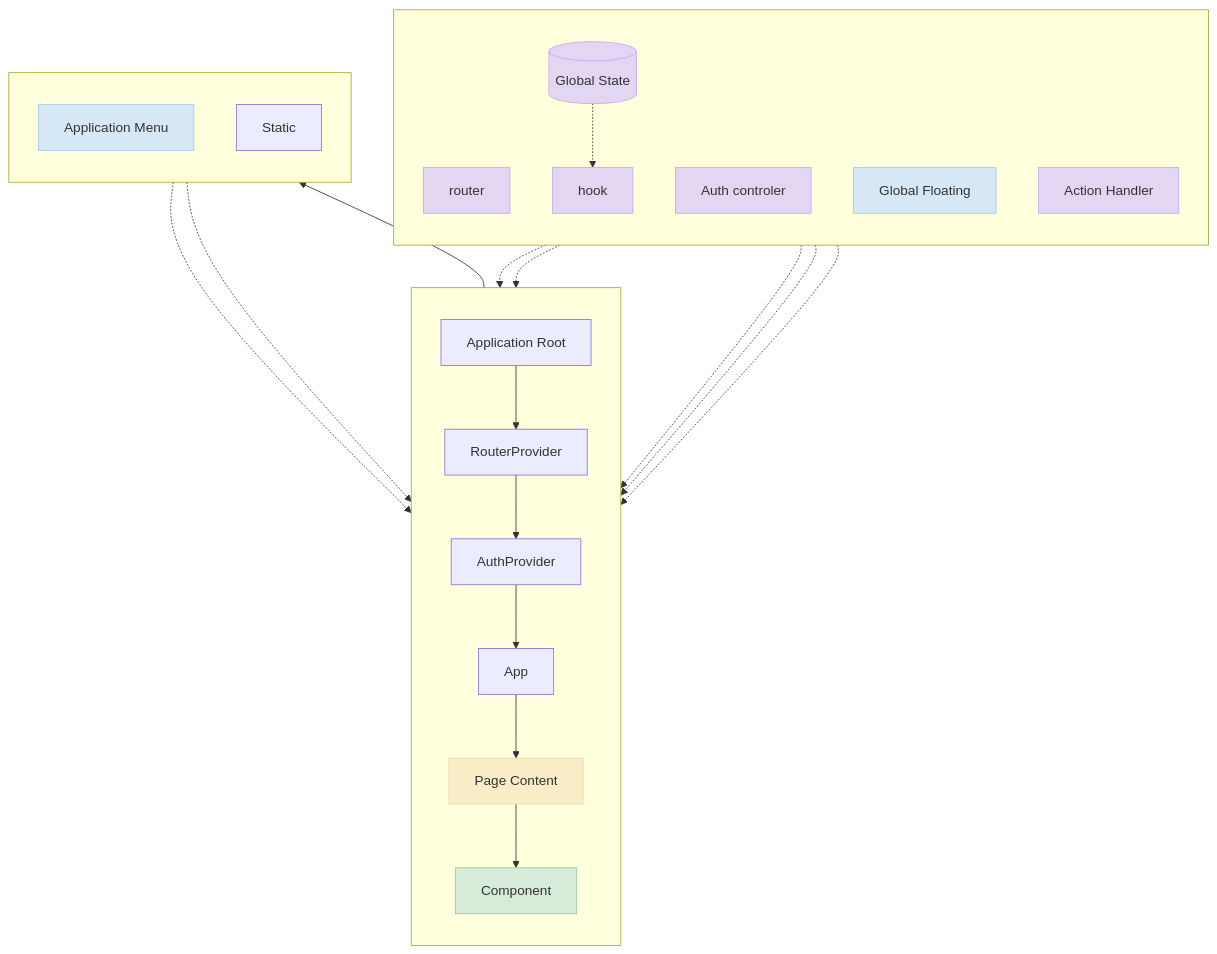
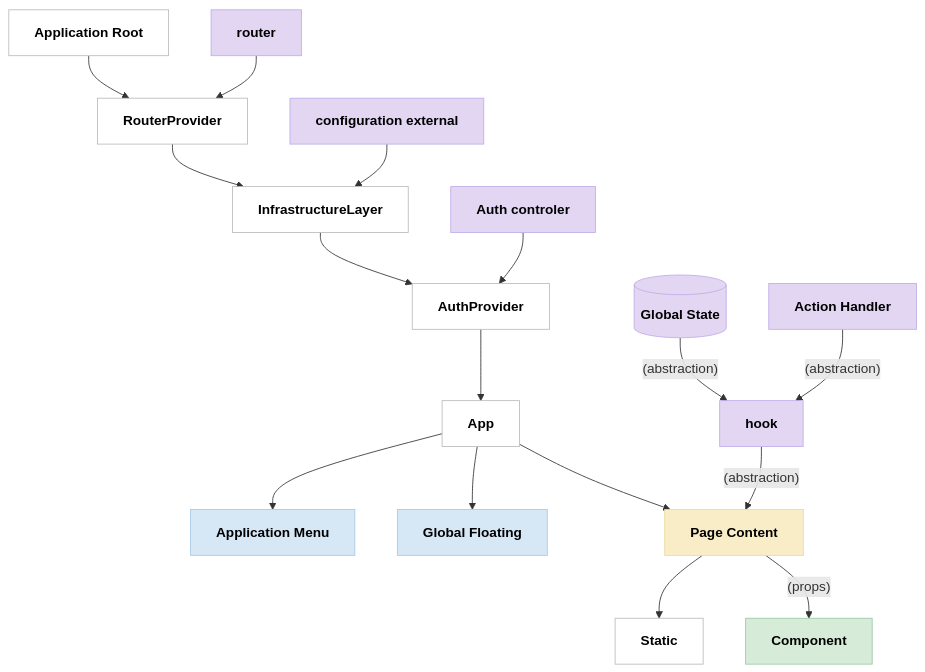
The diagram in mockup/3.1_High-level_Hierarchy_Data.md (LyHoaNam/di-ds), drawn with Mermaid before and after one commit. The commit also changed other lines of this file, not shown here.

Commit message:
chore: High-level Hierarchy & Data flow

````diff
--- a/mockup/3.1_High-level_Hierarchy_Data.md
+++ b/mockup/3.1_High-level_Hierarchy_Data.md
@@ -3,53 +3,51 @@
 ```mermaid
 flowchart TD
-    subgraph Providers [ ]
-        direction TB
-        AR[Application Root]
-        RP[RouterProvider]
-        AP[AuthProvider]
-        App[App]
-        PC[Page Content]
-        Comp[Component]
-    end
+    A[Application Root]
+    B[RouterProvider]
+    C[InfrastructureLayer]
+    D[AuthProvider]
+    E[App]
+    F[Application Menu]
+    G[Global Floating]
+    H[Page Content]
+    I[Static]
+    J[Component]
+    K[Action Handler]
+    L[hook]
+    M[(Global State)]
+    N[router]
+    O[configuration external]
+    P[Auth controler]
 
-    subgraph Left [ ]
-        direction TB
-        router[router]
-        router -.-> RP
-        authc[Auth controler]
-        authc -.-> AP
-        gf[Global Floating]
-        gf -.-> App
-        ah[Action Handler]
-        ah -.-> PC
-        gs[(Global State)]
-        hook[hook]
-        gs -.-> hook
-        hook -.-> PC
-    end
+    %% Edges
+    A --> B
+    B --> C
+    C --> D
+    D --> E
+    E --> F
+    E --> G
+    E --> H
+    H --> I
+    H --"(props)"--> J
+    M --"(abstraction)"--> L
+    K --"(abstraction)"--> L
+    L --"(abstraction)"--> H
+    N --> B
+    O --> C
+    P --> D
 
-    subgraph Right [ ]
-        direction TB
-        am[Application Menu]
-        am -.-> App
-        st[Static]
-        st -.-> PC
-    end
+    %% Assign classes for style reuse
+    classDef grayBox fill:#ffffff,stroke:#bbbbbb,color:#000000,font-weight:bold;
+    classDef purpleBox fill:#e2d6f3,stroke:#bfaee9,color:#00000,font-weight:bold;
+    classDef blueBox fill:#d6e7f6,stroke:#a7cbe7,color:#000000,font-weight:bold;
+    classDef yellowBox fill:#f9edc8,stroke:#ecd9a4,color:#000000,font-weight:bold;
+    classDef greenBox fill:#d7ecd8,stroke:#9dc8a4,color:#000000,font-weight:bold;
+    classDef dbBox fill:#e2d6f3,stroke:#bfaee9,color:#000000,font-weight:bold;
 
-    AR --> RP
-    RP --> AP
-    AP --> App
-    App --> am
-    App --> PC
-    PC --> Comp
-
-    style router fill:#e2d6f3,stroke:#bfaee9
-    style authc fill:#e2d6f3,stroke:#bfaee9
-    style gf fill:#d6e7f6,stroke:#a7cbe7
-    style am fill:#d6e7f6,stroke:#a7cbe7
-    style ah fill:#e2d6f3,stroke:#bfaee9
-    style hook fill:#e2d6f3,stroke:#bfaee9
-    style gs fill:#e2d6f3,stroke:#bfaee9
-    style PC fill:#f9edc8,stroke:#ecd9a4
-    style Comp fill:#d7ecd8,stroke:#9dc8a4
+    class A,B,C,D,E,I grayBox;
+    class N,O,P,K,L dbBox;
+    class G,F blueBox;
+    class H yellowBox;
+    class J greenBox;
+    class M dbBox;
 ```
````
